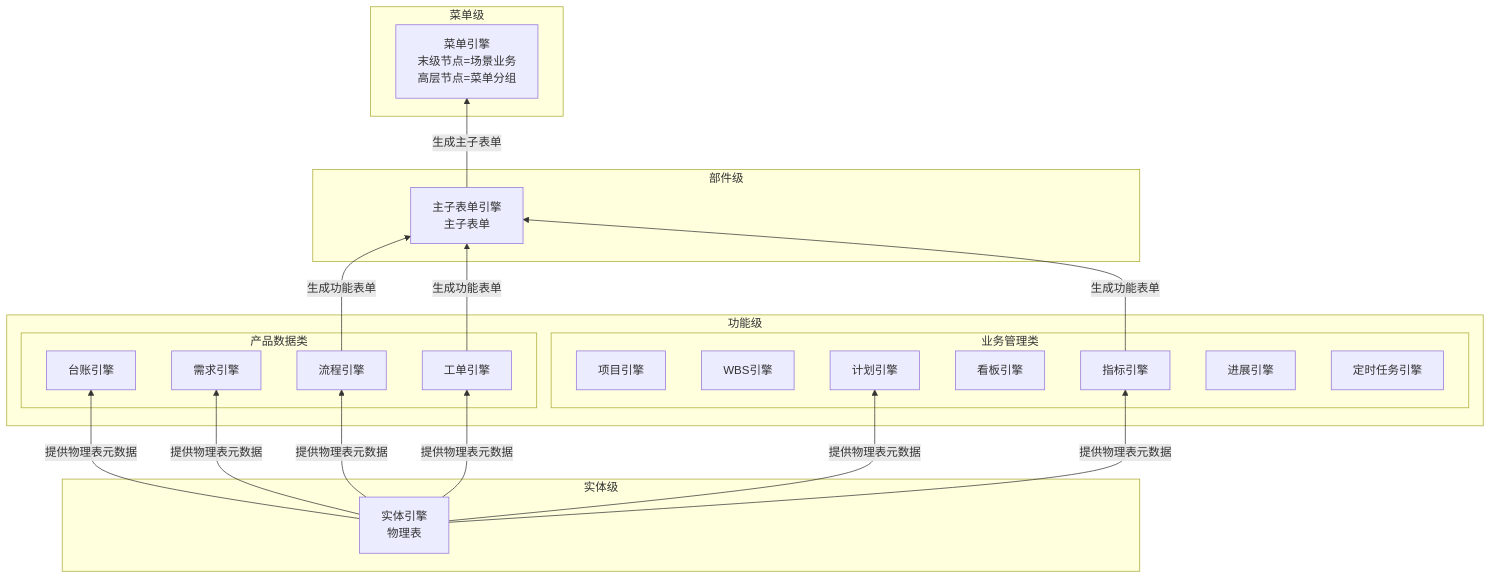
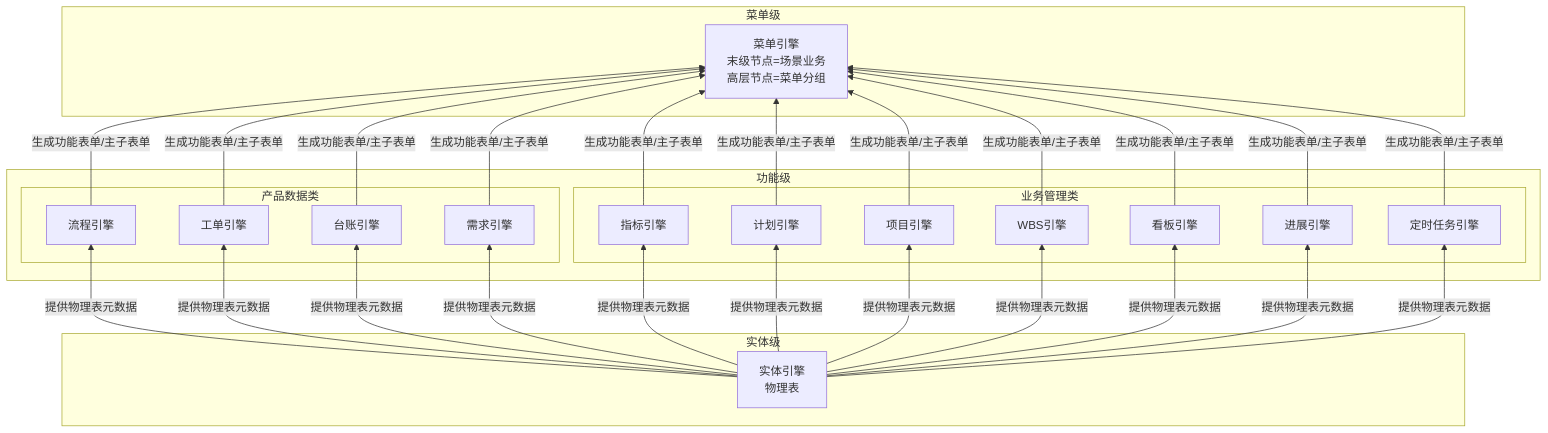
One commit to Yongjunzhou/AOS-system-design changed the diagram in 20-pl4eos/80-pl4eos-2-eosdata/25-eos-engine-models.md. Above: the diagram before and after it, drawn with Mermaid. The commit also changed other lines of this file, not shown here.

First line of the commit message:
refactor(25-asset): v1.23 主子表单引擎→功能引擎合并 + §1 全章审视

````diff
--- a/20-pl4eos/80-pl4eos-2-eosdata/25-eos-engine-models.md
+++ b/20-pl4eos/80-pl4eos-2-eosdata/25-eos-engine-models.md
@@ -43,39 +55,48 @@
 ```mermaid
 graph BT
   subgraph 实体级
     ENTITY[实体引擎<br/>物理表]
   end
   subgraph 功能级
     subgraph 产品数据类
       LEDGER[台账引擎]
       REQ[需求引擎]
       FLOW[流程引擎]
       WO[工单引擎]
     end
     subgraph 业务管理类
       PROJ[项目引擎]
       WBS[WBS引擎]
       TASK[计划引擎]
       KANBAN[看板引擎]
       IND[指标引擎]
       PROG[进展引擎]
       SCH[定时任务引擎]
     end
   end
-  subgraph 部件级
-    COMP[主子表单引擎<br/>主子表单]
-  end
   subgraph 菜单级
     MENU[菜单引擎<br/>末级节点=场景业务<br/>高层节点=菜单分组]
   end
   ENTITY -->|提供物理表元数据| FLOW
   ENTITY -->|提供物理表元数据| WO
   ENTITY -->|提供物理表元数据| LEDGER
   ENTITY -->|提供物理表元数据| REQ
   ENTITY -->|提供物理表元数据| IND
   ENTITY -->|提供物理表元数据| TASK
-  FLOW -->|生成功能表单| COMP
-  WO -->|生成功能表单| COMP
-  IND -->|生成功能表单| COMP
-  COMP -->|生成主子表单| MENU
+  ENTITY -->|提供物理表元数据| PROJ
+  ENTITY -->|提供物理表元数据| WBS
+  ENTITY -->|提供物理表元数据| KANBAN
+  ENTITY -->|提供物理表元数据| PROG
+  ENTITY -->|提供物理表元数据| SCH
+  FLOW -->|生成功能表单/主子表单| MENU
+  WO -->|生成功能表单/主子表单| MENU
+  IND -->|生成功能表单/主子表单| MENU
+  LEDGER -->|生成功能表单/主子表单| MENU
+  REQ -->|生成功能表单/主子表单| MENU
+  TASK -->|生成功能表单/主子表单| MENU
+  PROJ -->|生成功能表单/主子表单| MENU
+  WBS -->|生成功能表单/主子表单| MENU
+  KANBAN -->|生成功能表单/主子表单| MENU
+  PROG -->|生成功能表单/主子表单| MENU
+  SCH -->|生成功能表单/主子表单| MENU
 ```
````
